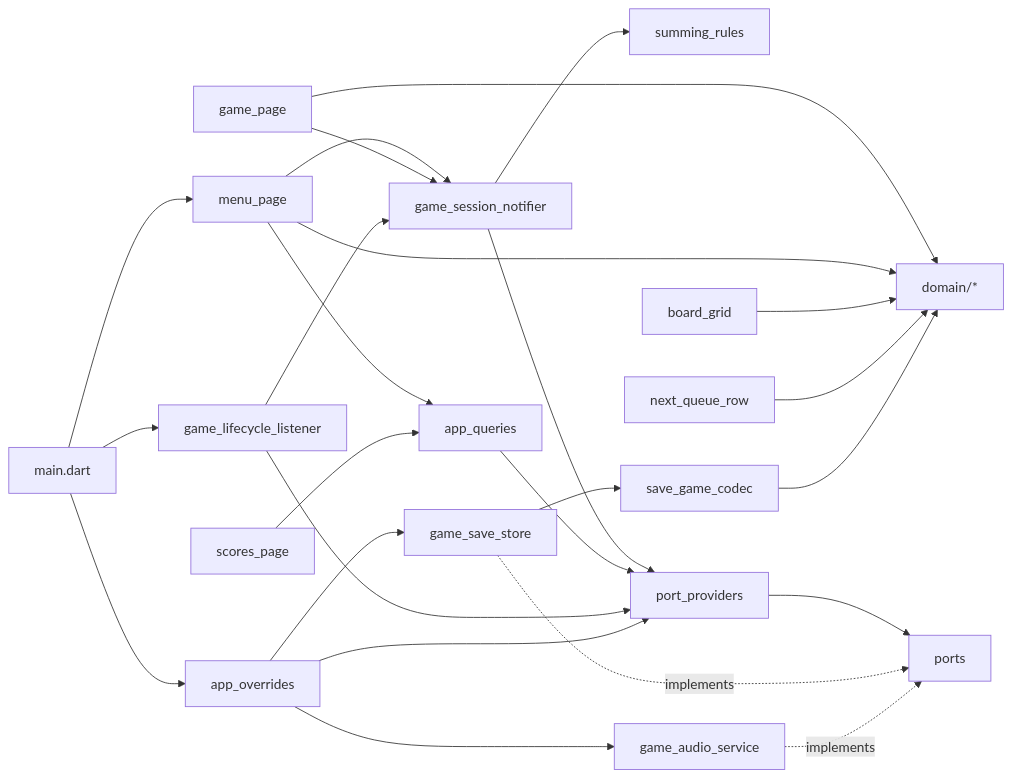
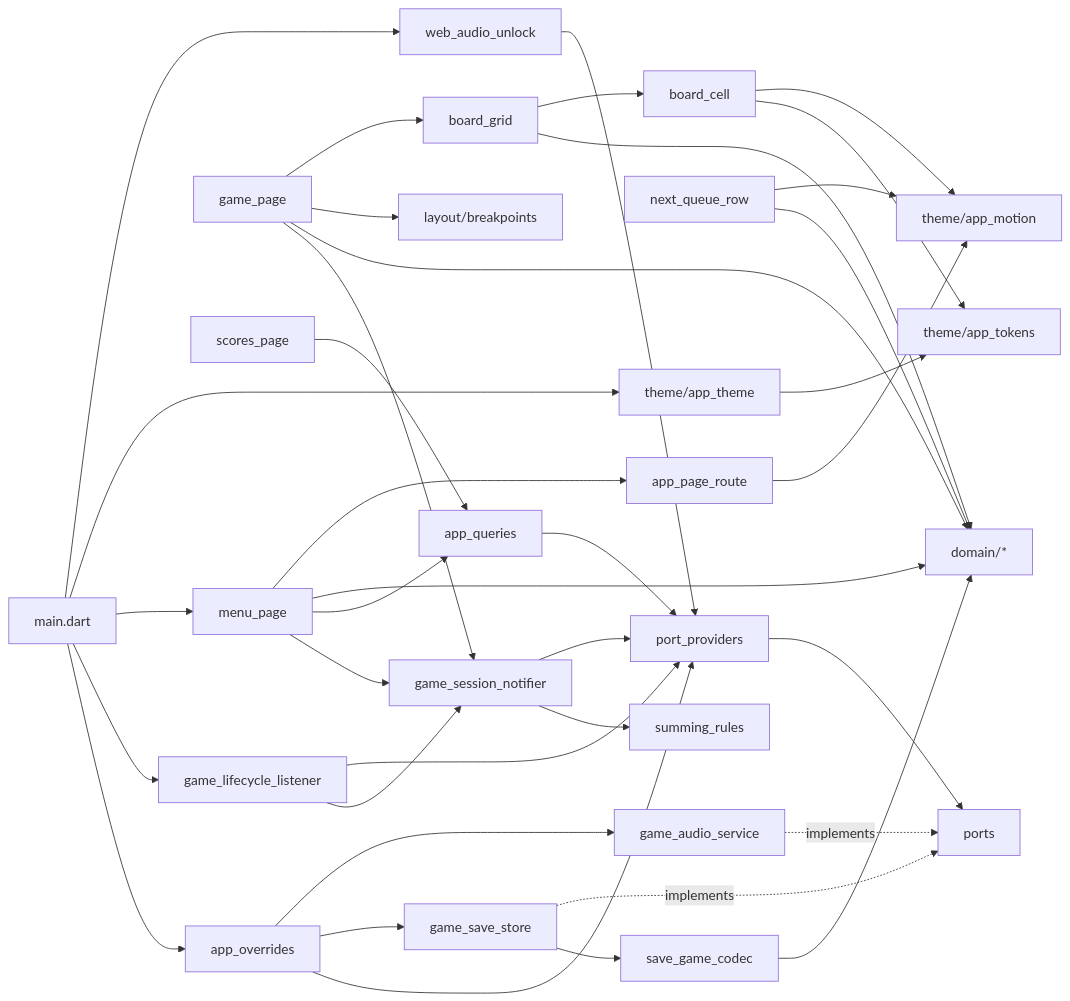
The diagram in .moai/project/codemaps/dependencies.md (wall72/summing-flutter), drawn with Mermaid before and after one commit. The commit also changed other lines of this file and 12 other files, not shown here.

````diff
--- a/.moai/project/codemaps/dependencies.md
+++ b/.moai/project/codemaps/dependencies.md
@@ -12,27 +13,39 @@
 ```mermaid
 flowchart LR
   GSN[game_session_notifier] --> Rules[summing_rules]
   GSN --> PP[port_providers]
   PP --> Ports[ports]
   AQ[app_queries] --> PP
   Menu[menu_page] --> GSN
   Menu --> AQ
   Game[game_page] --> GSN
   Scores[scores_page] --> AQ
   Life[game_lifecycle_listener] --> GSN
   Life --> PP
   Game --> Domain[domain/*]
   Menu --> Domain
   Board[board_grid] --> Domain
   NQ[next_queue_row] --> Domain
   Codec[save_game_codec] --> Domain
   GSS[game_save_store] --> Codec
   GSS -.implements.-> Ports
   GAS[game_audio_service] -.implements.-> Ports
   Over[app_overrides] --> PP
   Over --> GSS
   Over --> GAS
   Main[main.dart] --> Over
   Main --> Life
   Main --> Menu
+  Main --> Theme[theme/app_theme]
+  Main --> WAU[web_audio_unlock]
+  WAU --> PP
+  Theme --> Tokens[theme/app_tokens]
+  Game --> Layout[layout/breakpoints]
+  Game --> Board
+  Board --> Cell[board_cell]
+  Cell --> Tokens
+  Cell --> Motion[theme/app_motion]
+  NQ --> Motion
+  Menu --> Route[app_page_route]
+  Route --> Motion
 ```
````
